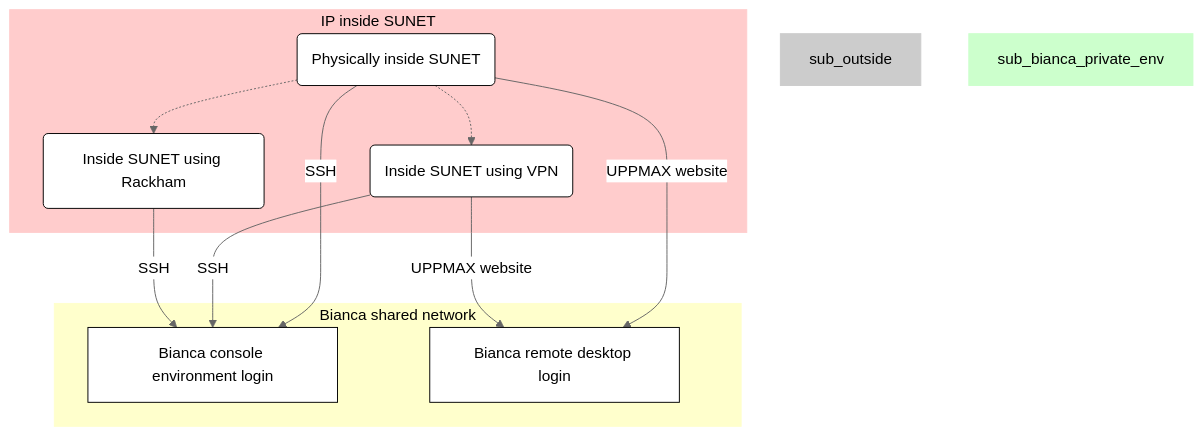
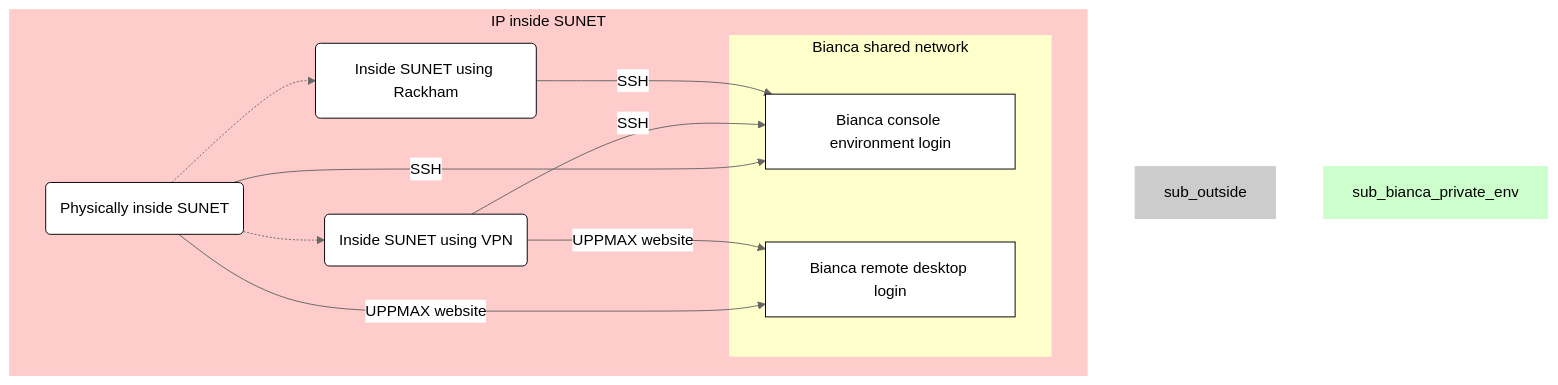
The third of 4 diagrams in docs/getting_started/login_bianca.md (UPPMAX/UPPMAX-documentation), drawn with Mermaid (neutral theme) before and after one commit. The commit also changed other lines of this file and 1 other file, not shown here.

Commit message:
Use same names and colors for same IPs

````diff
--- a/docs/getting_started/login_bianca.md
+++ b/docs/getting_started/login_bianca.md
@@ -338,32 +340,33 @@
 ```mermaid
 flowchart TD
 
     %% Give a white background, instead of a transparent one
     classDef node fill:#fff,color:#000,stroke:#000
     classDef focus_node fill:#fff,color:#000,stroke:#000,stroke-width:4px
 
     subgraph sub_inside[IP inside SUNET]
       physically_inside(Physically inside SUNET)
       inside_using_vpn(Inside SUNET using VPN)
       inside_using_rackham(Inside SUNET using Rackham)
+
+      subgraph sub_bianca_shared_env[Bianca shared network]
+        bianca_shared_console[Bianca console environment login]
+        bianca_shared_remote_desktop[Bianca remote desktop login] 
+      end
     end
 
-    subgraph sub_bianca_shared_env[Bianca shared network]
-      bianca_shared_console[Bianca console environment login]
-      bianca_shared_remote_desktop[Bianca remote desktop login] 
-    end
-
+    %% Shared subgraph color scheme
     style sub_outside fill:#ccc,color:#000,stroke:#ccc
     style sub_inside fill:#fcc,color:#000,stroke:#fcc
     style sub_bianca_shared_env fill:#ffc,color:#000,stroke:#ffc
     style sub_bianca_private_env fill:#cfc,color:#000,stroke:#cfc
 
     %% Inside SUNET
     physically_inside-->|SSH|bianca_shared_console
     physically_inside-->|UPPMAX website|bianca_shared_remote_desktop
     physically_inside-.->inside_using_rackham
     physically_inside-.->inside_using_vpn
     inside_using_vpn-->|SSH|bianca_shared_console
     inside_using_vpn-->|UPPMAX website|bianca_shared_remote_desktop
     inside_using_rackham-->|SSH|bianca_shared_console
 ```
````
